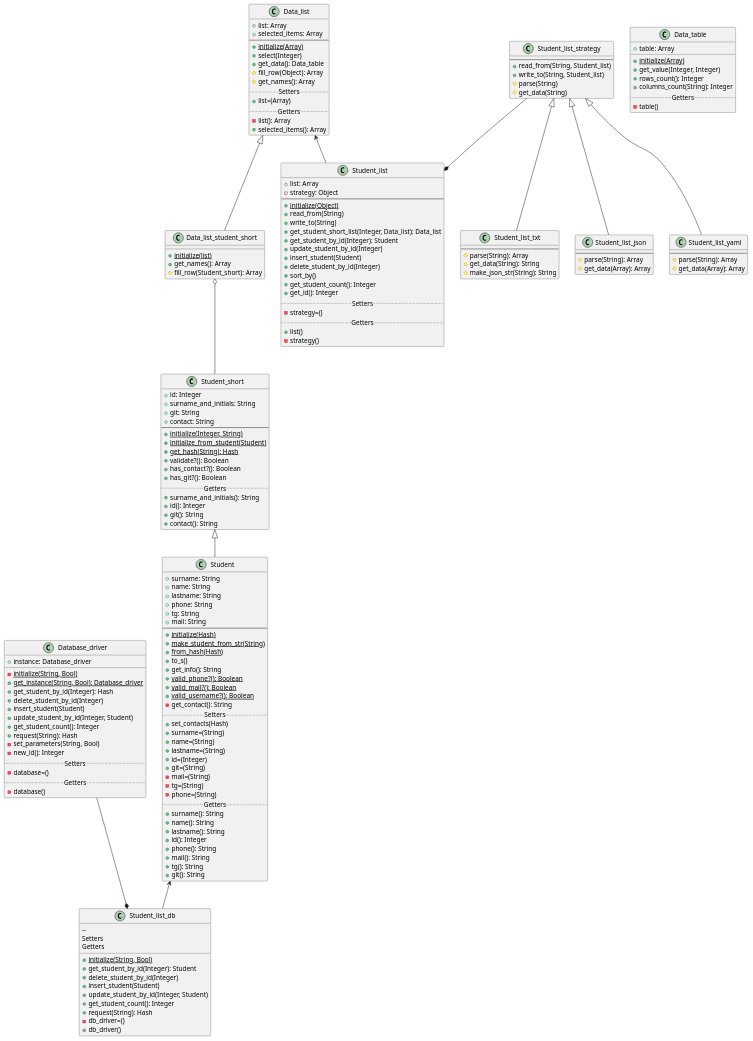
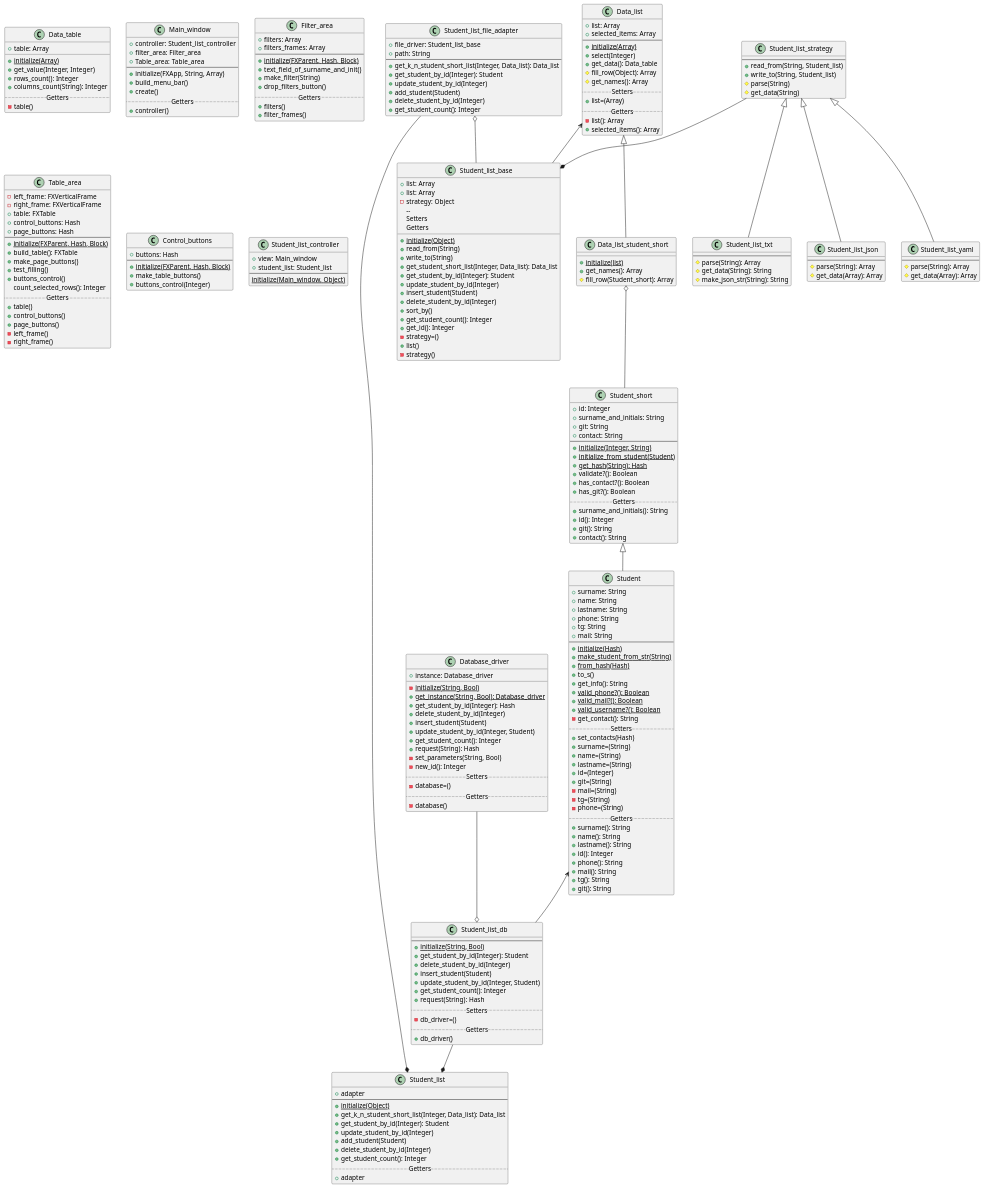
Before and after one commit to archipunkrockboy/Programming-patterns: the diagram in Lab2/diagrams/Student.puml, drawn with PlantUML. The commit also changed 1 other file, not shown here.

Commit message:
обвновление диаграммы классов

```diff
--- a/Lab2/diagrams/Student.puml
+++ b/Lab2/diagrams/Student.puml
@@ -93,25 +93,52 @@
     }
     class Student_list
     {
-    +list: Array
-    -strategy: Object
+    +adapter
     --
     +{static}initialize(Object)
-    +read_from(String)
-    +write_to(String)
-    +get_student_short_list(Integer, Data_list): Data_list
+    +get_k_n_student_short_list(Integer, Data_list): Data_list
     +get_student_by_id(Integer): Student
     +update_student_by_id(Integer)
-    +insert_student(Student)
+    +add_student(Student)
     +delete_student_by_id(Integer)
-    +sort_by()
     +get_student_count(): Integer
-    +get_id(): Integer
-    ..Setters..
-    -strategy=()
     ..Getters..
-    +list()
-    -strategy()
+    +adapter
+    }
+    class Student_list_base
+    {
+    +list: Array
+        +list: Array
+        -strategy: Object
+        --
+        +{static}initialize(Object)
+        +read_from(String)
+        +write_to(String)
+        +get_student_short_list(Integer, Data_list): Data_list
+        +get_student_by_id(Integer): Student
+        +update_student_by_id(Integer)
+        +insert_student(Student)
+        +delete_student_by_id(Integer)
+        +sort_by()
+        +get_student_count(): Integer
+        +get_id(): Integer
+        ..Setters..
+        -strategy=()
+        ..Getters..
+        +list()
+        -strategy()
+    }
+    class Student_list_file_adapter
+    {
+    +file_driver: Student_list_base
+    +path: String
+    --
+    +get_k_n_student_short_list(Integer, Data_list): Data_list
+    +get_student_by_id(Integer): Student
+    +update_student_by_id(Integer)
+    +add_student(Student)
+    +delete_student_by_id(Integer)
+    +get_student_count(): Integer
     }
     class Student_list_strategy
     {
@@ -142,7 +169,6 @@
     }
     class Student_list_db
     {
-
     --
     +{static}initialize(String, Bool)
     +get_student_by_id(Integer): Student
@@ -175,9 +201,75 @@
     ..Getters..
     -database()
     }
-    Student_list_strategy --* Student_list
+
+    class Main_window
+    {
+    +controller: Student_list_controller
+    +filter_area: Filter_area
+    +Table_area: Table_area
+    --
+    +initialize(FXApp, String, Array)
+    +build_menu_bar()
+    +create()
+    ..Getters..
+    +controller()
+    }
+    class Filter_area
+    {
+    +filters: Array
+    +filters_frames: Array
+    --
+    +{static}initialize(FXParent, Hash, Block)
+    +text_field_of_surname_and_init()
+    +make_filter(String)
+    +drop_filters_button()
+    ..Getters..
+    +filters()
+    +filter_frames()
+    }
+    class Table_area
+    {
+    -left_frame: FXVerticalFrame
+    -right_frame: FXVerticalFrame
+    +table: FXTable
+    +control_buttons: Hash
+    +page_buttons: Hash
+    --
+    +{static}initialize(FXParent, Hash, Block)
+    +build_table(): FXTable
+    +make_page_buttons()
+    +test_filling()
+    +buttons_control()
+    count_selected_rows(): Integer
+    ..Getters..
+    +table()
+    +control_buttons()
+    +page_buttons()
+    -left_frame()
+    -right_frame()
+    }
+    class Control_buttons
+    {
+    +buttons: Hash
+    --
+    +{static}initialize(FXParent, Hash, Block)
+    +make_table_buttons()
+    +buttons_control(Integer)
+    }
+    class Student_list_controller
+    {
+    +view: Main_window
+    +student_list: Student_list
+    --
+    {static}initialize(Main_window, Object)
+    }
+
+    Student_list_file_adapter o-- Student_list_base
+    Student_list_strategy --* Student_list_base
+    Student_list_file_adapter --* Student_list
     Data_list_student_short o-- Student_short
-    Data_list <-- Student_list
+    Data_list <-- Student_list_base
     Student <-- Student_list_db
-    Database_driver --* Student_list_db
+    Student_list_db --* Student_list
+    Database_driver --o Student_list_db
 @enduml
```
